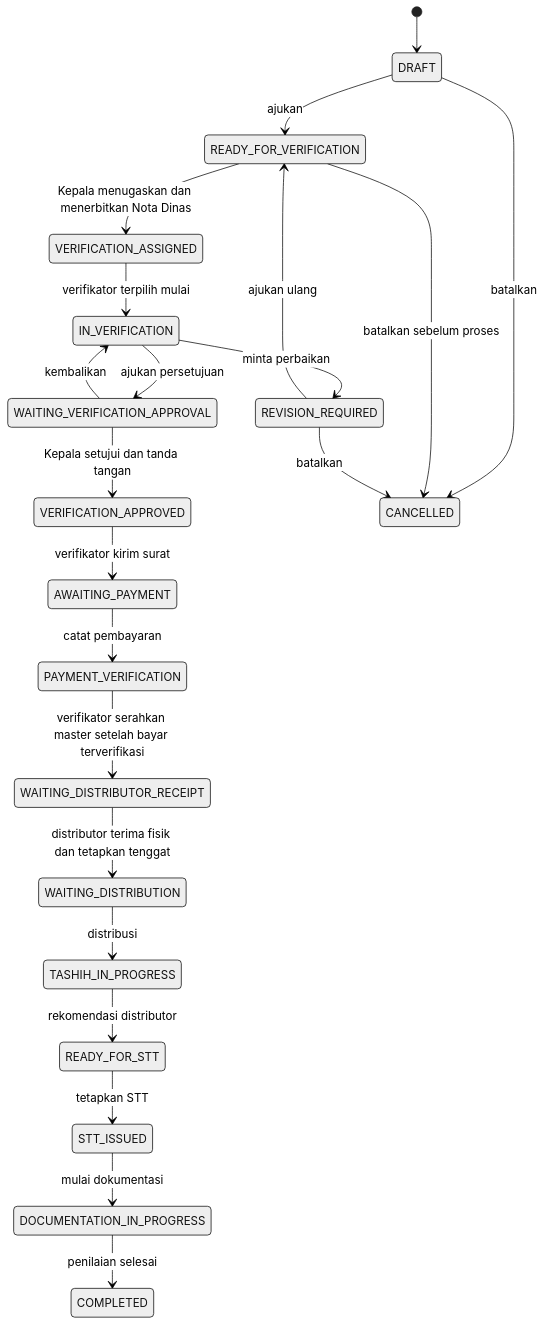
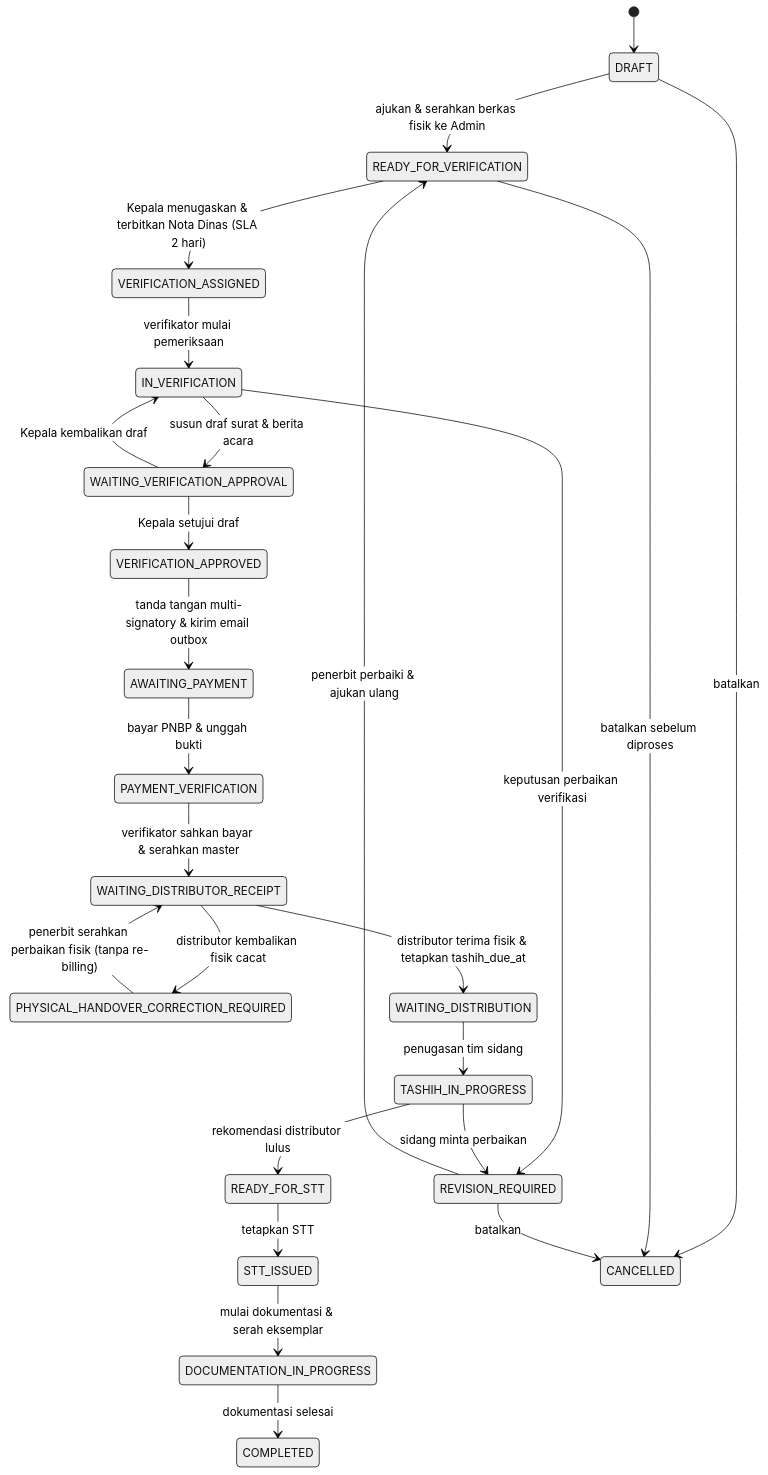
The second of 2 diagrams in DESIGN.MD (farisifakhri/lpmqtashihhub), drawn with Mermaid (neutral theme) before and after one commit. The commit also changed other lines of this file and 44 other files, not shown here.

````diff
--- a/DESIGN.MD
+++ b/DESIGN.MD
@@ -92,24 +91,27 @@
 ```mermaid
 stateDiagram-v2
     [*] --> DRAFT
-    DRAFT --> READY_FOR_VERIFICATION: ajukan
-    READY_FOR_VERIFICATION --> VERIFICATION_ASSIGNED: Kepala menugaskan dan menerbitkan Nota Dinas
-    VERIFICATION_ASSIGNED --> IN_VERIFICATION: verifikator terpilih mulai
-    IN_VERIFICATION --> REVISION_REQUIRED: minta perbaikan
-    REVISION_REQUIRED --> READY_FOR_VERIFICATION: ajukan ulang
-    IN_VERIFICATION --> WAITING_VERIFICATION_APPROVAL: ajukan persetujuan
-    WAITING_VERIFICATION_APPROVAL --> IN_VERIFICATION: kembalikan
-    WAITING_VERIFICATION_APPROVAL --> VERIFICATION_APPROVED: Kepala setujui dan tanda tangan
-    VERIFICATION_APPROVED --> AWAITING_PAYMENT: verifikator kirim surat
-    AWAITING_PAYMENT --> PAYMENT_VERIFICATION: catat pembayaran
-    PAYMENT_VERIFICATION --> WAITING_DISTRIBUTOR_RECEIPT: verifikator serahkan master setelah bayar terverifikasi
-    WAITING_DISTRIBUTOR_RECEIPT --> WAITING_DISTRIBUTION: distributor terima fisik dan tetapkan tenggat
-    WAITING_DISTRIBUTION --> TASHIH_IN_PROGRESS: distribusi
-    TASHIH_IN_PROGRESS --> READY_FOR_STT: rekomendasi distributor
+    DRAFT --> READY_FOR_VERIFICATION: ajukan & serahkan berkas fisik ke Admin
+    READY_FOR_VERIFICATION --> VERIFICATION_ASSIGNED: Kepala menugaskan & terbitkan Nota Dinas (SLA 2 hari)
+    VERIFICATION_ASSIGNED --> IN_VERIFICATION: verifikator mulai pemeriksaan
+    IN_VERIFICATION --> WAITING_VERIFICATION_APPROVAL: susun draf surat & berita acara
+    WAITING_VERIFICATION_APPROVAL --> IN_VERIFICATION: Kepala kembalikan draf
+    WAITING_VERIFICATION_APPROVAL --> VERIFICATION_APPROVED: Kepala setujui draf
+    VERIFICATION_APPROVED --> AWAITING_PAYMENT: tanda tangan multi-signatory & kirim email outbox
+    IN_VERIFICATION --> REVISION_REQUIRED: keputusan perbaikan verifikasi
+    REVISION_REQUIRED --> READY_FOR_VERIFICATION: penerbit perbaiki & ajukan ulang
+    AWAITING_PAYMENT --> PAYMENT_VERIFICATION: bayar PNBP & unggah bukti
+    PAYMENT_VERIFICATION --> WAITING_DISTRIBUTOR_RECEIPT: verifikator sahkan bayar & serahkan master
+    WAITING_DISTRIBUTOR_RECEIPT --> PHYSICAL_HANDOVER_CORRECTION_REQUIRED: distributor kembalikan fisik cacat
+    PHYSICAL_HANDOVER_CORRECTION_REQUIRED --> WAITING_DISTRIBUTOR_RECEIPT: penerbit serahkan perbaikan fisik (tanpa re-billing)
+    WAITING_DISTRIBUTOR_RECEIPT --> WAITING_DISTRIBUTION: distributor terima fisik & tetapkan tashih_due_at
+    WAITING_DISTRIBUTION --> TASHIH_IN_PROGRESS: penugasan tim sidang
+    TASHIH_IN_PROGRESS --> REVISION_REQUIRED: sidang minta perbaikan
+    TASHIH_IN_PROGRESS --> READY_FOR_STT: rekomendasi distributor lulus
     READY_FOR_STT --> STT_ISSUED: tetapkan STT
-    STT_ISSUED --> DOCUMENTATION_IN_PROGRESS: mulai dokumentasi
-    DOCUMENTATION_IN_PROGRESS --> COMPLETED: penilaian selesai
+    STT_ISSUED --> DOCUMENTATION_IN_PROGRESS: mulai dokumentasi & serah eksemplar
+    DOCUMENTATION_IN_PROGRESS --> COMPLETED: dokumentasi selesai
     DRAFT --> CANCELLED: batalkan
-    READY_FOR_VERIFICATION --> CANCELLED: batalkan sebelum proses
+    READY_FOR_VERIFICATION --> CANCELLED: batalkan sebelum diproses
     REVISION_REQUIRED --> CANCELLED: batalkan
 ```
````
